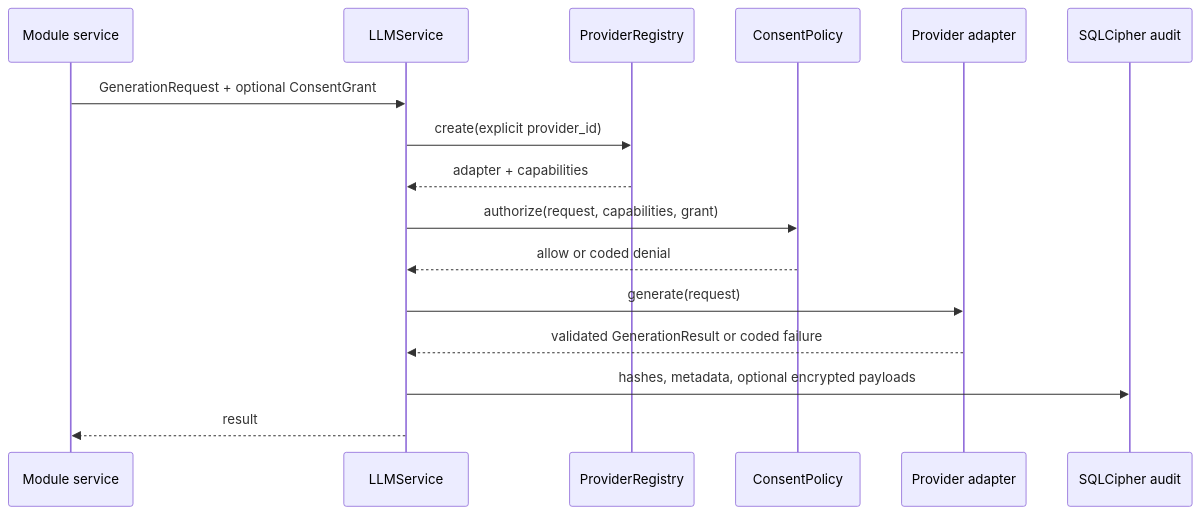
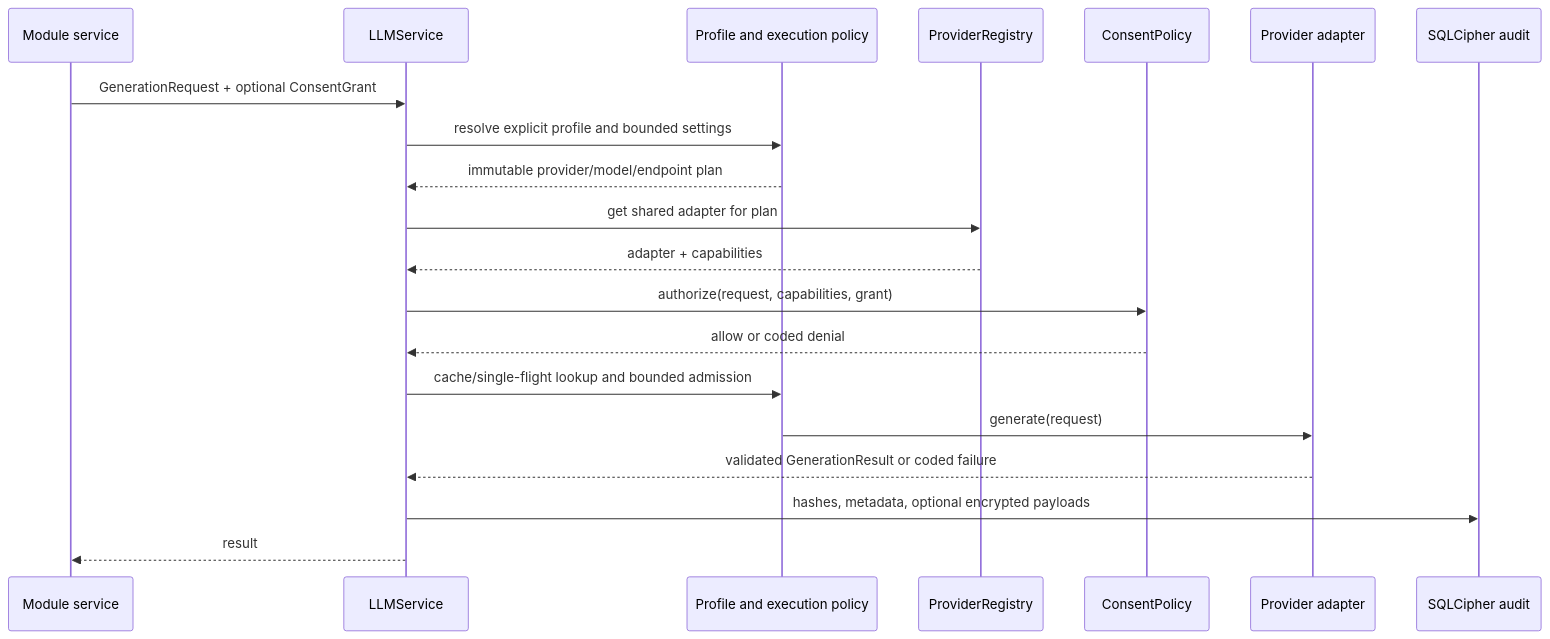
One commit to sodejm/AncestryLLM changed the third of 3 diagrams in ARCHITECTURE.md. Above: the diagram before and after it, drawn with Mermaid. The commit also changed other lines of this file and 36 other files, not shown here.

````diff
--- a/ARCHITECTURE.md
+++ b/ARCHITECTURE.md
@@ -338,19 +340,23 @@
 ```mermaid
 sequenceDiagram
     participant M as Module service
     participant L as LLMService
+    participant C as Profile and execution policy
     participant R as ProviderRegistry
     participant P as ConsentPolicy
     participant A as Provider adapter
     participant D as SQLCipher audit
 
     M->>L: GenerationRequest + optional ConsentGrant
-    L->>R: create(explicit provider_id)
+    L->>C: resolve explicit profile and bounded settings
+    C-->>L: immutable provider/model/endpoint plan
+    L->>R: get shared adapter for plan
     R-->>L: adapter + capabilities
     L->>P: authorize(request, capabilities, grant)
     P-->>L: allow or coded denial
-    L->>A: generate(request)
+    L->>C: cache/single-flight lookup and bounded admission
+    C->>A: generate(request)
     A-->>L: validated GenerationResult or coded failure
     L->>D: hashes, metadata, optional encrypted payloads
     L-->>M: result
 ```
````
